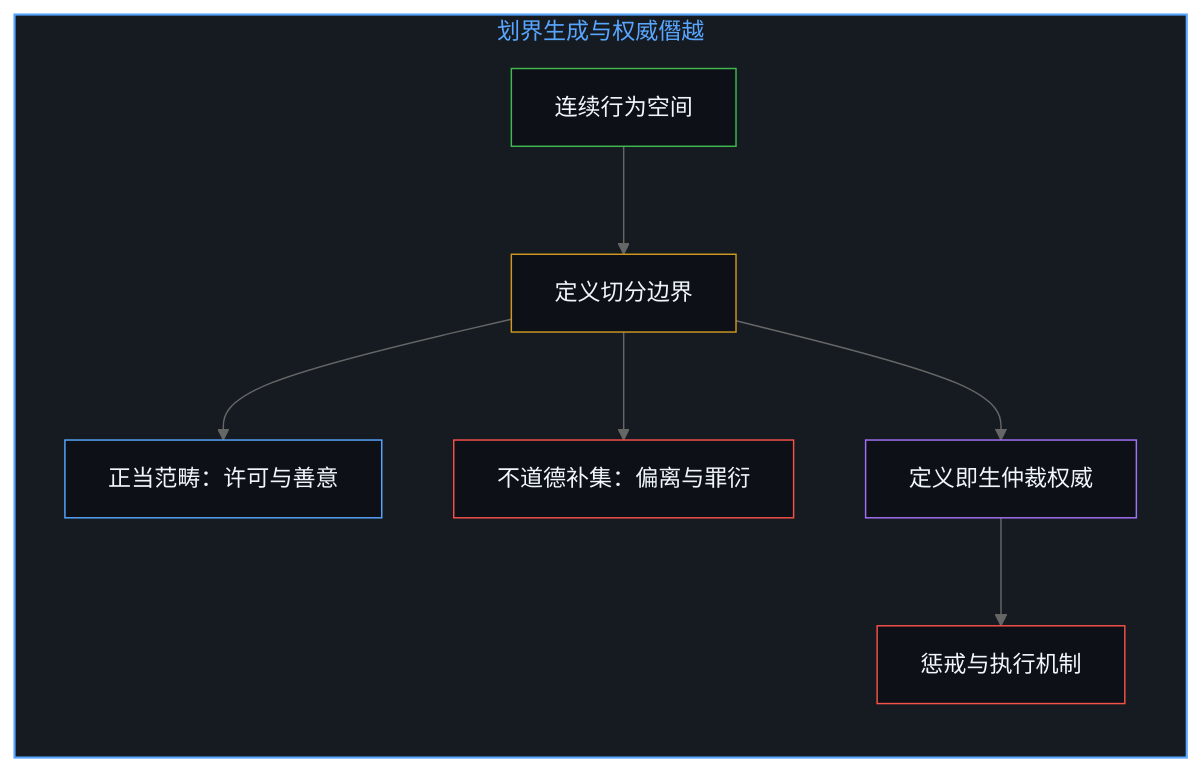
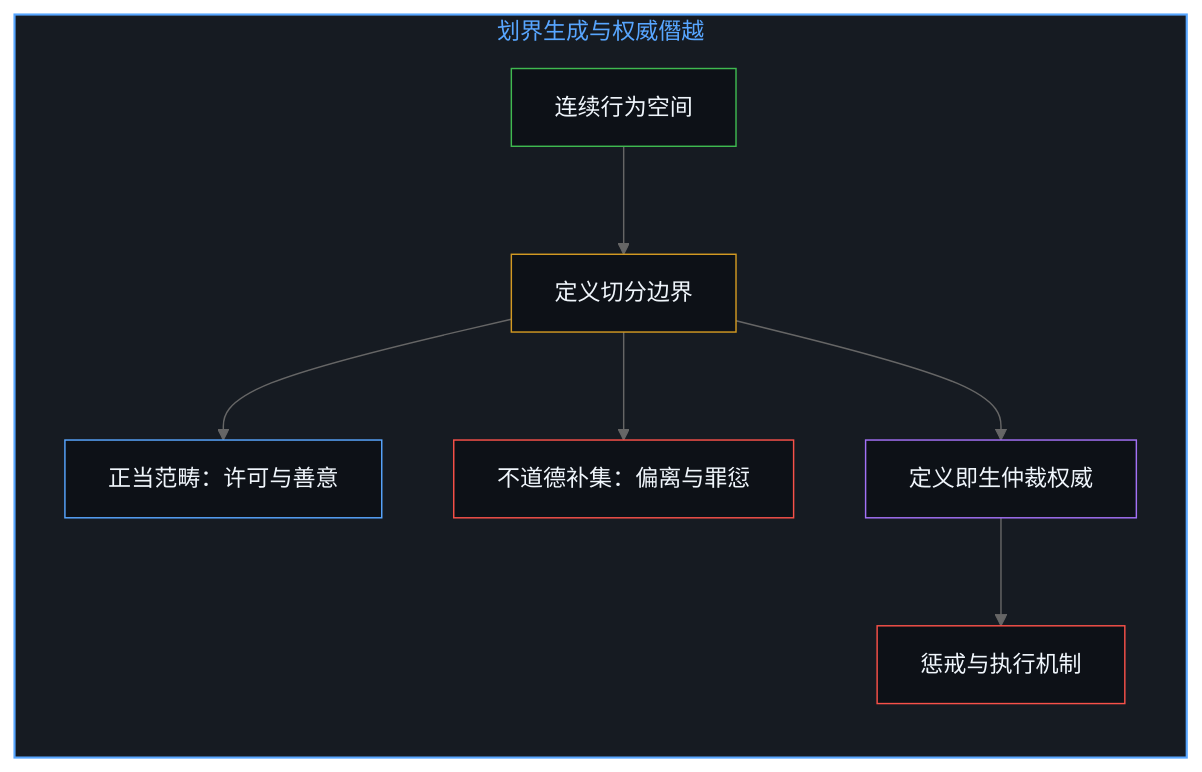
The third of 6 diagrams in content/posts/compulsory-kindness-and-the-obscuration-of-categorical-feedback.md (powerpig99/not-a-toe), drawn with Mermaid (neutral theme) before and after one commit. The commit also changed other lines of this file and 12 other files, not shown here.

````diff
--- a/content/posts/compulsory-kindness-and-the-obscuration-of-categorical-feedback.md
+++ b/content/posts/compulsory-kindness-and-the-obscuration-of-categorical-feedback.md
@@ -87,18 +87,18 @@
 ```mermaid
 flowchart TD
     subgraph S_Partition["划界生成与权威僭越"]
         direction TB
         P1["连续行为空间"] --> P2["定义切分边界"]
         P2 --> P3["正当范畴：许可与善意"]
-        P2 --> P4["不道德补集：偏离与罪衍"]
+        P2 --> P4["不道德补集：偏离与罪愆"]
         P2 --> P5["定义即生仲裁权威"]
         P5 --> P6["惩戒与执行机制"]
     end
     style S_Partition fill:#161b22,stroke:#58a6ff,stroke-width:1.5px,color:#58a6ff
     style P1 fill:#0d1117,stroke:#3fb950,stroke-width:1px,color:#f0f6fc
     style P2 fill:#0d1117,stroke:#d29922,stroke-width:1px,color:#f0f6fc
     style P3 fill:#0d1117,stroke:#58a6ff,stroke-width:1px,color:#f0f6fc
     style P4 fill:#0d1117,stroke:#f85149,stroke-width:1px,color:#f0f6fc
     style P5 fill:#0d1117,stroke:#a371f7,stroke-width:1px,color:#f0f6fc
     style P6 fill:#0d1117,stroke:#f85149,stroke-width:1px,color:#f0f6fc
 ```
````
